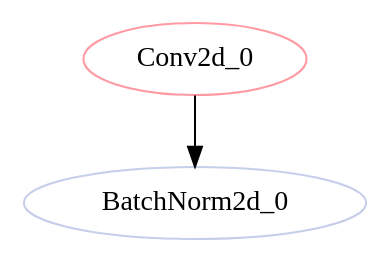
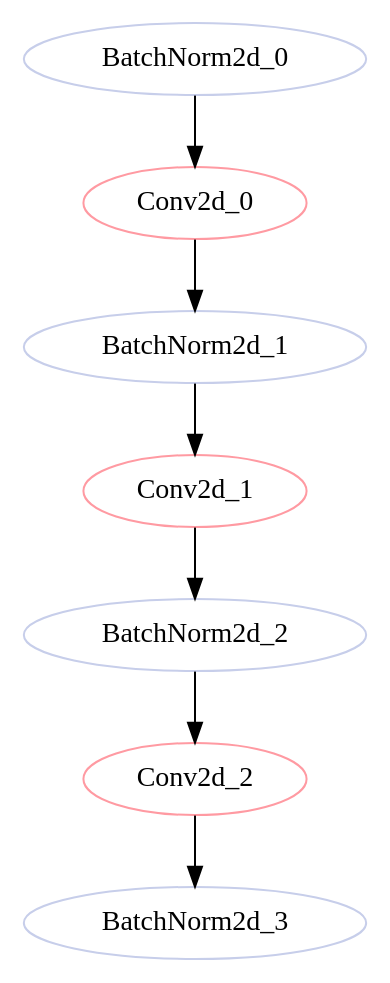
The diagram in dags/mobilenet_v2_flops_features_17_conv_1_0_op.dot (11222-Meng/DNN_Bottlen_Layer_Analysis), drawn with Graphviz before and after one commit. The commit also changed 135 other files, not shown here.

```diff
--- a/dags/mobilenet_v2_flops_features_17_conv_1_0_op.dot
+++ b/dags/mobilenet_v2_flops_features_17_conv_1_0_op.dot
@@ -1,11 +1,36 @@
 strict digraph "" {
+	BatchNorm2d_0	[color="#C7CEEA",
+		layer_name="features.16.conv.3",
+		params=320,
+		type=BatchNorm2d];
 	Conv2d_0	[color="#FF9AA2",
+		layer_name="features.17.conv.0.0",
+		params=153600,
+		type=Conv2d];
+	BatchNorm2d_0 -> Conv2d_0;
+	BatchNorm2d_1	[color="#C7CEEA",
+		layer_name="features.17.conv.0.1",
+		params=1920,
+		type=BatchNorm2d];
+	Conv2d_0 -> BatchNorm2d_1;
+	Conv2d_1	[color="#FF9AA2",
 		layer_name="features.17.conv.1.0",
 		params=8640,
 		type=Conv2d];
-	BatchNorm2d_0	[color="#C7CEEA",
+	BatchNorm2d_1 -> Conv2d_1;
+	BatchNorm2d_2	[color="#C7CEEA",
 		layer_name="features.17.conv.1.1",
 		params=1920,
 		type=BatchNorm2d];
-	Conv2d_0 -> BatchNorm2d_0;
+	Conv2d_1 -> BatchNorm2d_2;
+	Conv2d_2	[color="#FF9AA2",
+		layer_name="features.17.conv.2",
+		params=307200,
+		type=Conv2d];
+	BatchNorm2d_2 -> Conv2d_2;
+	BatchNorm2d_3	[color="#C7CEEA",
+		layer_name="features.17.conv.3",
+		params=640,
+		type=BatchNorm2d];
+	Conv2d_2 -> BatchNorm2d_3;
 }
```
